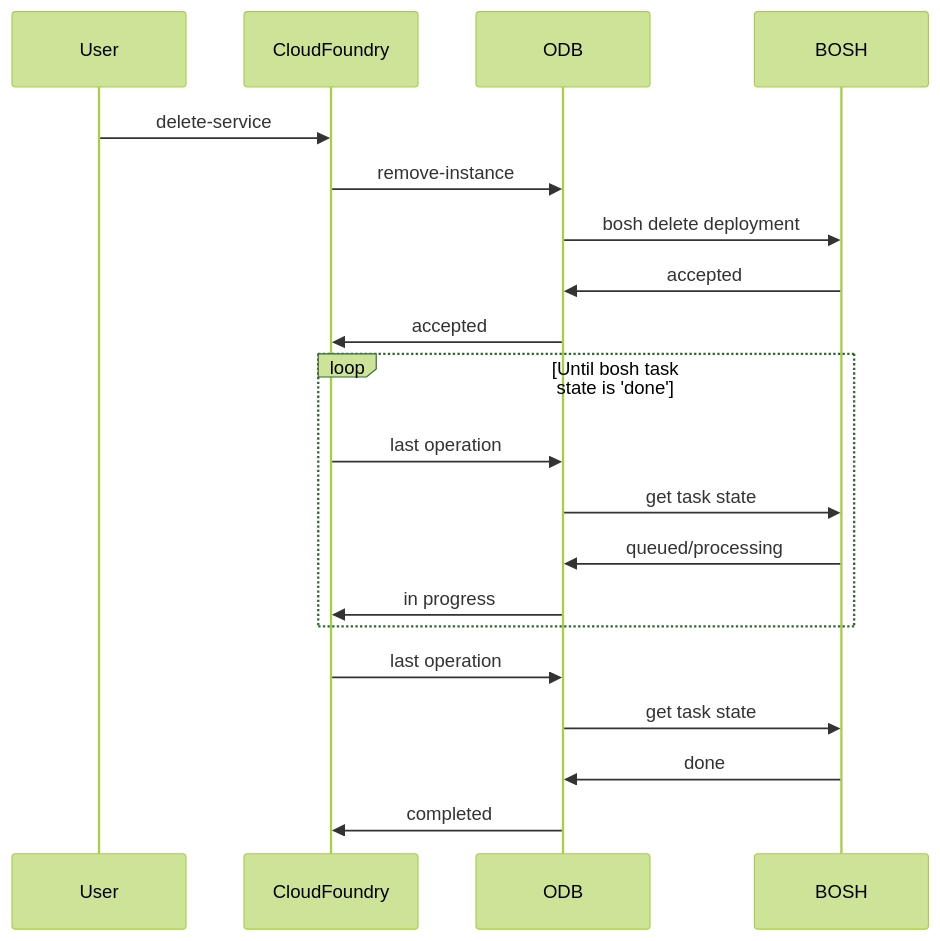
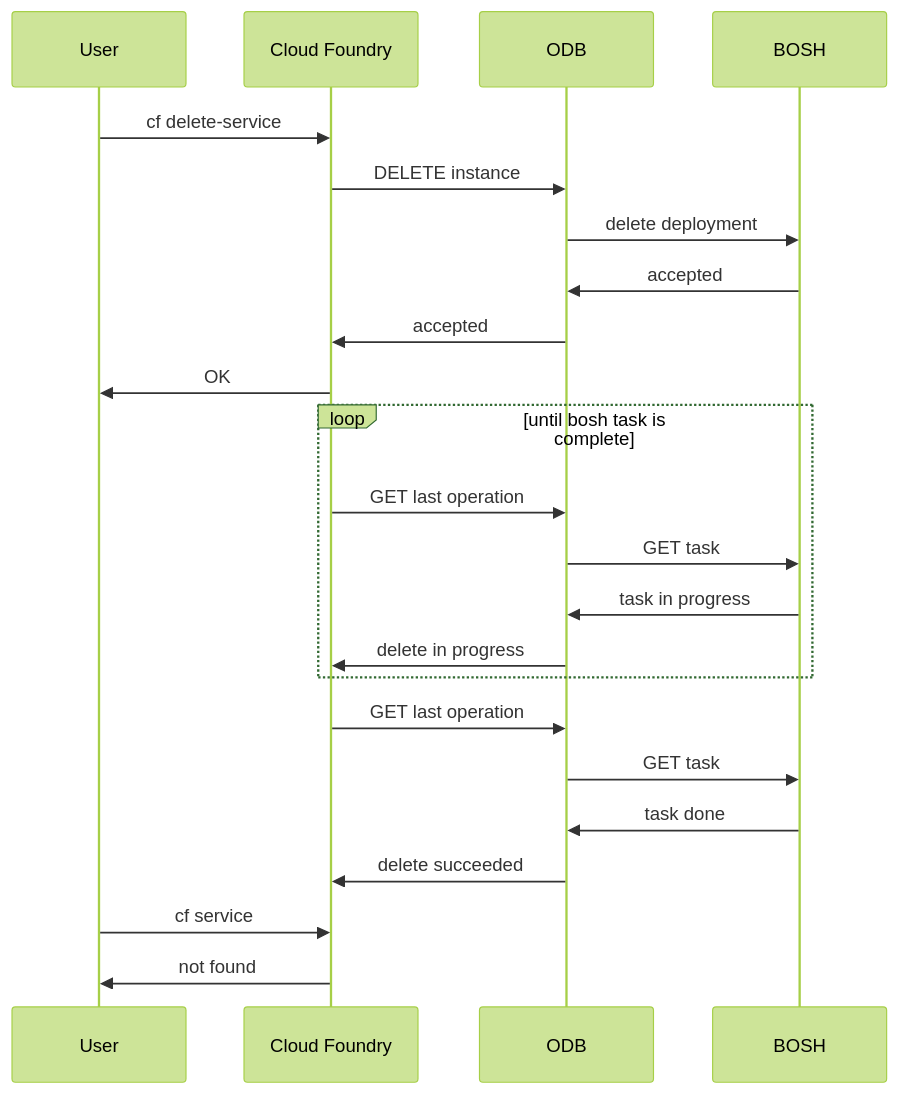
Before and after one commit to pivotal-cf/docs-on-demand-service-broker: the diagram in mmd/delete_service_workflow.mmd, drawn with Mermaid (forest theme). The commit also changed 11 other files, not shown here.

First line of the commit message:
Full service of sequence diagrams

```diff
--- a/mmd/delete_service_workflow.mmd
+++ b/mmd/delete_service_workflow.mmd
@@ -1,18 +1,21 @@
-<div class="mermaid">  
+<div class="mermaid">
 sequenceDiagram
-  User->>CloudFoundry:delete-service
-  CloudFoundry->>ODB:remove-instance
-  ODB->>BOSH:bosh delete deployment
+  User->>Cloud Foundry:cf delete-service
+  Cloud Foundry->>ODB:DELETE instance
+  ODB->>BOSH:delete deployment
   BOSH->>ODB:accepted
-  ODB->>CloudFoundry:accepted
-  loop Until bosh task state is 'done'
-    CloudFoundry->>ODB:last operation
-    ODB->>BOSH:get task state
-    BOSH->>ODB:queued/processing
-    ODB->>CloudFoundry:in progress
+  ODB->>Cloud Foundry:accepted
+  Cloud Foundry->>User: OK
+  loop until bosh task is complete
+    Cloud Foundry->>ODB: GET last operation
+    ODB->>BOSH: GET task
+    BOSH->>ODB: task in progress
+    ODB->>Cloud Foundry: delete in progress
   end
-  CloudFoundry->>ODB:last operation
-  ODB->>BOSH:get task state
-  BOSH->>ODB:done
-  ODB->>CloudFoundry:completed
+  Cloud Foundry->>ODB: GET last operation
+  ODB->>BOSH: GET task
+  BOSH->>ODB: task done
+  ODB->>Cloud Foundry: delete succeeded
+  User->>Cloud Foundry:cf service
+  Cloud Foundry->>User: not found
 </div>
```
